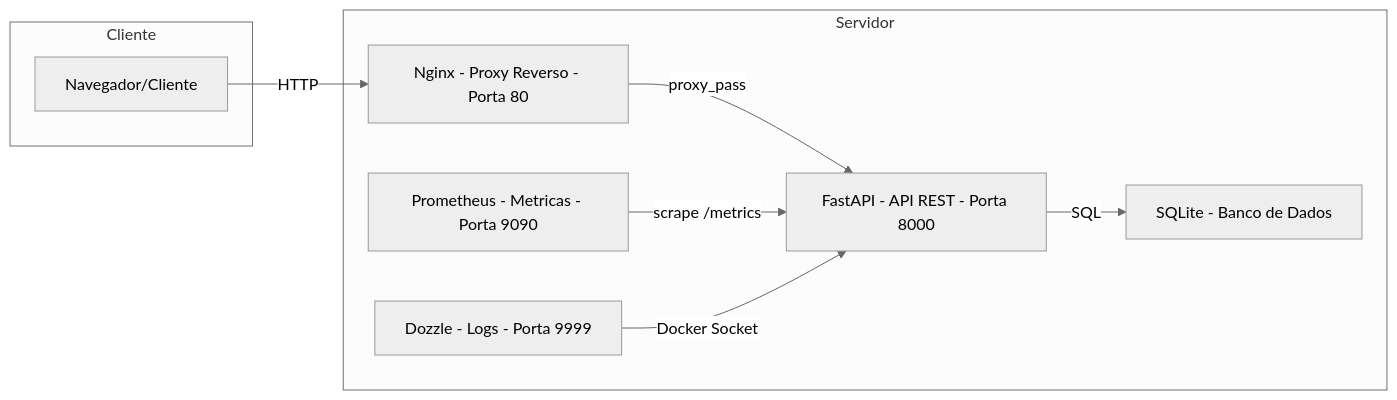
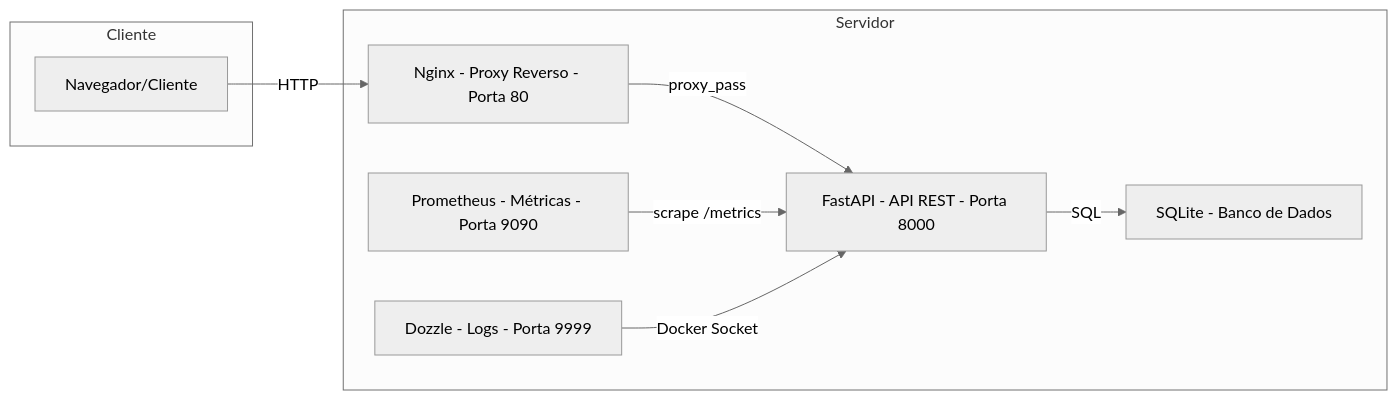
Before and after one commit to matheusmoc/pipeline: the first of 6 diagrams in README.md, drawn with Mermaid (neutral theme). The commit also changed other lines of this file, not shown here.

````diff
--- a/README.md
+++ b/README.md
@@ -51,20 +45,20 @@
 ```mermaid
 flowchart LR
     subgraph Cliente
         A["Navegador/Cliente"]
     end
 
     subgraph Servidor
         B["Nginx - Proxy Reverso - Porta 80"]
         C["FastAPI - API REST - Porta 8000"]
         D["SQLite - Banco de Dados"]
-        E["Prometheus - Metricas - Porta 9090"]
+        E["Prometheus - Métricas - Porta 9090"]
         F["Dozzle - Logs - Porta 9999"]
     end
 
     A -->|HTTP| B
     B -->|proxy_pass| C
     C -->|SQL| D
     E -->|scrape /metrics| C
     F -->|Docker Socket| C
 ```
````
